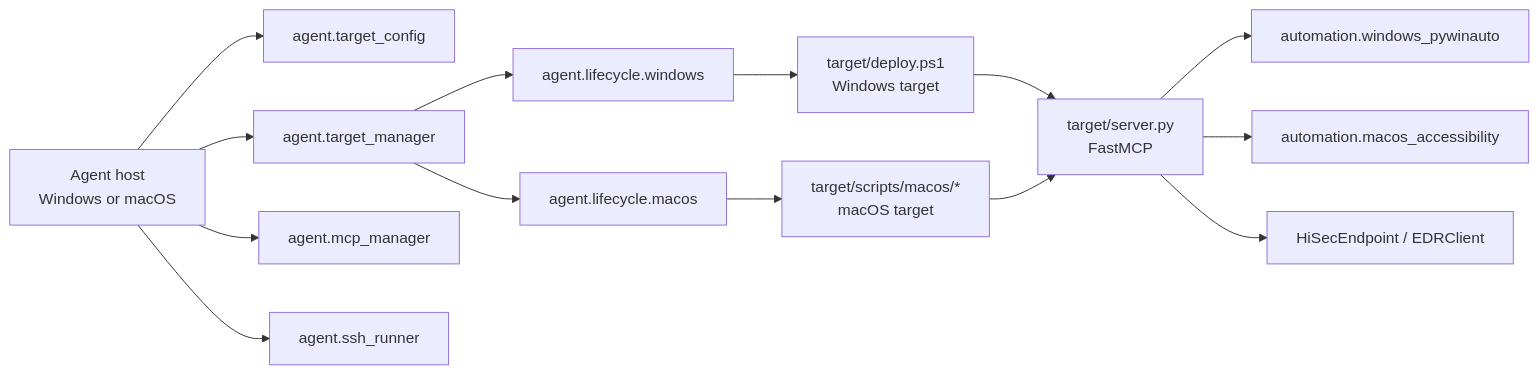
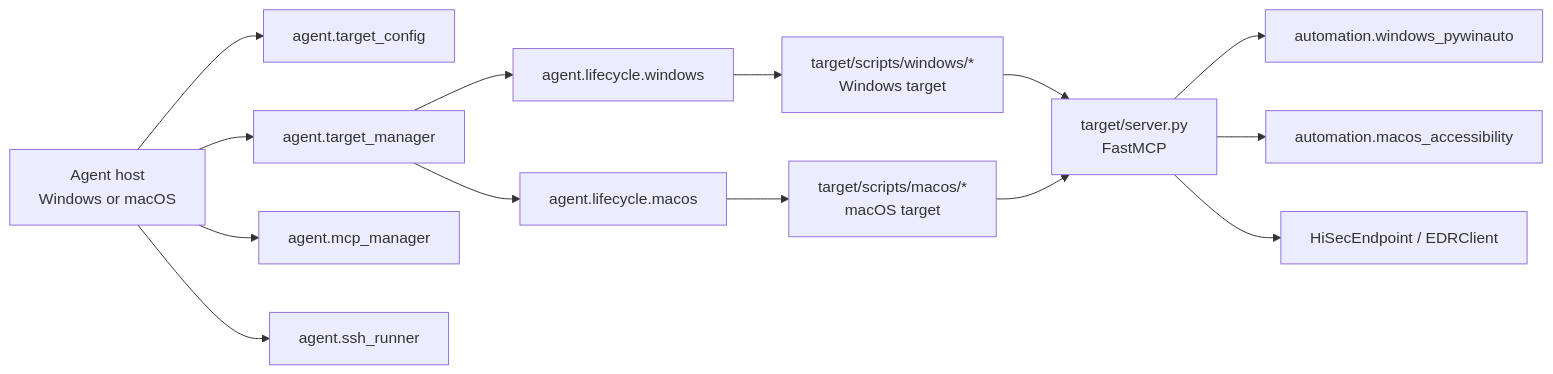
Before and after one commit to whlandy/edr-wd: the diagram in SKILL.md, drawn with Mermaid. The commit also changed other lines of this file and 1 other file, not shown here.

First line of the commit message:
chore: remove deploy.ps1 references; update edr-wd.sh lifecycle path

````diff
--- a/SKILL.md
+++ b/SKILL.md
@@ -31,16 +31,16 @@
 ```mermaid
 flowchart LR
   Agent[Agent host\nWindows or macOS] --> TC[agent.target_config]
   Agent --> TM[agent.target_manager]
   Agent --> MM[agent.mcp_manager]
   Agent --> SSH[agent.ssh_runner]
   TM --> WL[agent.lifecycle.windows]
   TM --> ML[agent.lifecycle.macos]
-  WL --> W1[target/deploy.ps1\nWindows target]
+  WL --> W1[target/scripts/windows/*\nWindows target]
   ML --> M1[target/scripts/macos/*\nmacOS target]
   W1 --> S[target/server.py\nFastMCP]
   M1 --> S
   S --> WB[automation.windows_pywinauto]
   S --> MB[automation.macos_accessibility]
   S --> GUI[HiSecEndpoint / EDRClient]
 ```
````
